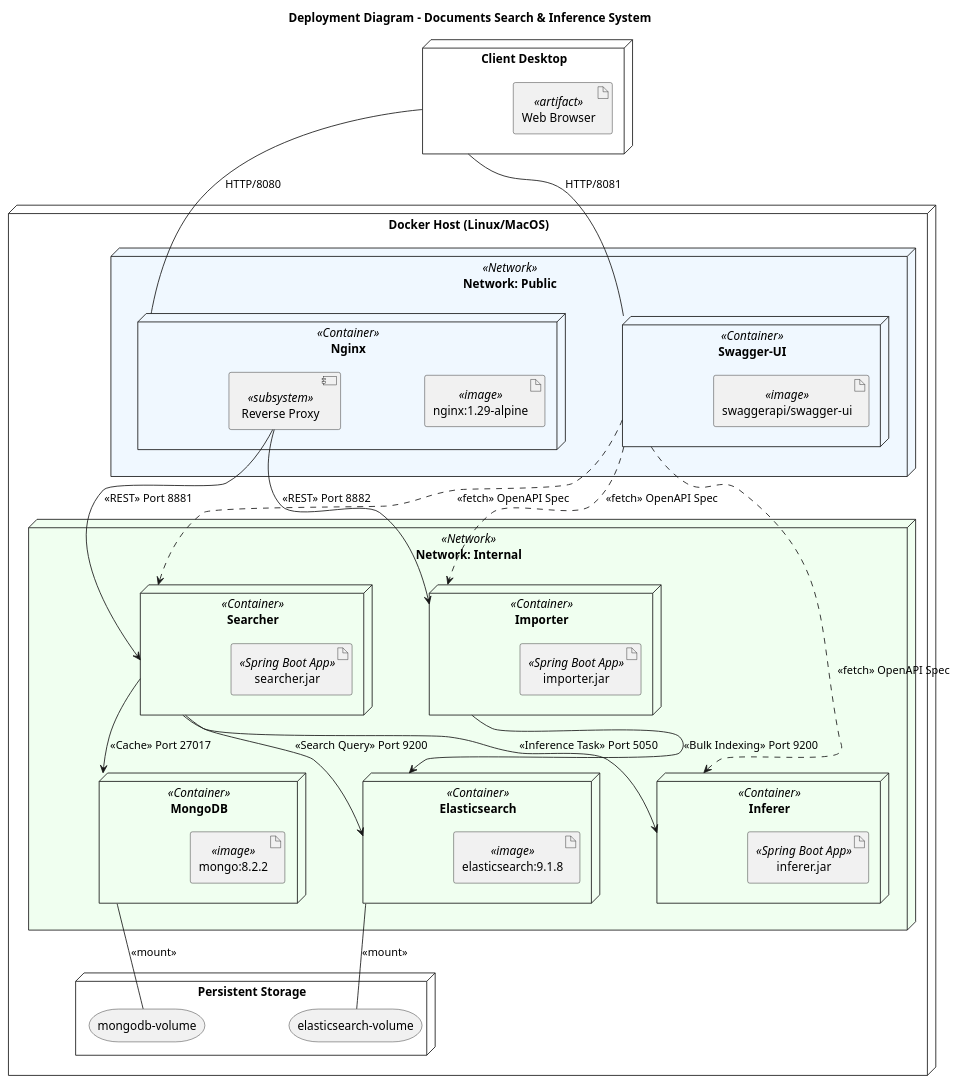
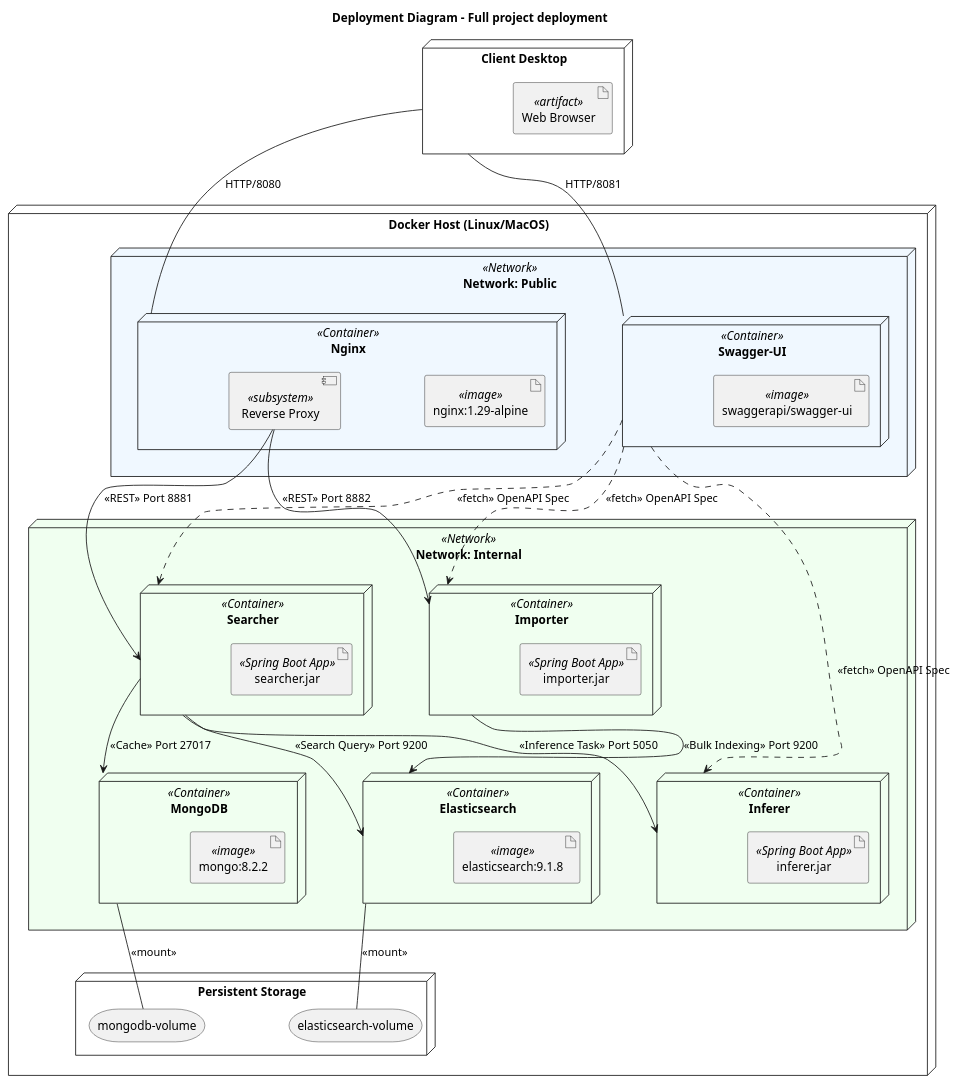
The diagram in documentation/Immagini presentazione/4+1 view model/Deployment_physical_view/deploymentDiag.plantuml (esspadoo/microservices-web-app), drawn with PlantUML before and after one commit. The commit also changed 1 other file, not shown here.

```diff
--- a/documentation/Immagini presentazione/4+1 view model/Deployment_physical_view/deploymentDiag.plantuml
+++ b/documentation/Immagini presentazione/4+1 view model/Deployment_physical_view/deploymentDiag.plantuml
@@ -1,79 +1,79 @@
 @startuml
 skinparam componentStyle uml2
 skinparam nodesep 100
 skinparam ranksep 100
 
-title Deployment Diagram - Documents Search & Inference System
+title Deployment Diagram - Full project deployment
 
 node "Client Desktop" as client {
     artifact "Web Browser" <<artifact>>
 }
 
 node "Docker Host (Linux/MacOS)" {
 
     node "Network: Public" <<Network>> #AliceBlue {
         node "Nginx" <<Container>> as nginx_cont {
             artifact "nginx:1.29-alpine" <<image>>
             component "Reverse Proxy" <<subsystem>> as proxy
         }
         
         node "Swagger-UI" <<Container>> as swagger_cont {
             artifact "swaggerapi/swagger-ui" <<image>>
         }
     }
 
     node "Network: Internal" <<Network>> #HoneyDew {
         node "Searcher" <<Container>> as searcher_cont {
             artifact "searcher.jar" <<Spring Boot App>>
         }
         
         node "Importer" <<Container>> as importer_cont {
             artifact "importer.jar" <<Spring Boot App>>
         }
         
         node "Inferer" <<Container>> as inferer_cont {
             artifact "inferer.jar" <<Spring Boot App>>
         }
         
         node "Elasticsearch" <<Container>> as es_cont {
             artifact "elasticsearch:9.1.8" <<image>>
         }
         
         node "MongoDB" <<Container>> as mongo_cont {
             artifact "mongo:8.2.2" <<image>>
         }
     }
 
     node "Persistent Storage" {
         storage "elasticsearch-volume" as es_vol
         storage "mongodb-volume" as mongo_vol
     }
 }
 
 ' --- Connectivity (Professional Labels) ---
 
 ' External Access
 client -- nginx_cont : HTTP/8080
 client -- swagger_cont : HTTP/8081
 
 ' API Documentation (OpenAPI)
 swagger_cont ..> searcher_cont : <<fetch>> OpenAPI Spec
 swagger_cont ..> importer_cont : <<fetch>> OpenAPI Spec
 swagger_cont ..> inferer_cont : <<fetch>> OpenAPI Spec
 
 ' Request Routing
 proxy --> searcher_cont : <<REST>> Port 8881
 proxy --> importer_cont : <<REST>> Port 8882
 
 ' Internal Service Logic
 searcher_cont --> es_cont : <<Search Query>> Port 9200
 searcher_cont --> mongo_cont : <<Cache>> Port 27017
 searcher_cont --> inferer_cont : <<Inference Task>> Port 5050
 
 importer_cont --> es_cont : <<Bulk Indexing>> Port 9200
 
 ' Data Persistence
 es_cont -- es_vol : <<mount>>
 mongo_cont -- mongo_vol : <<mount>>
 
 @enduml
```
